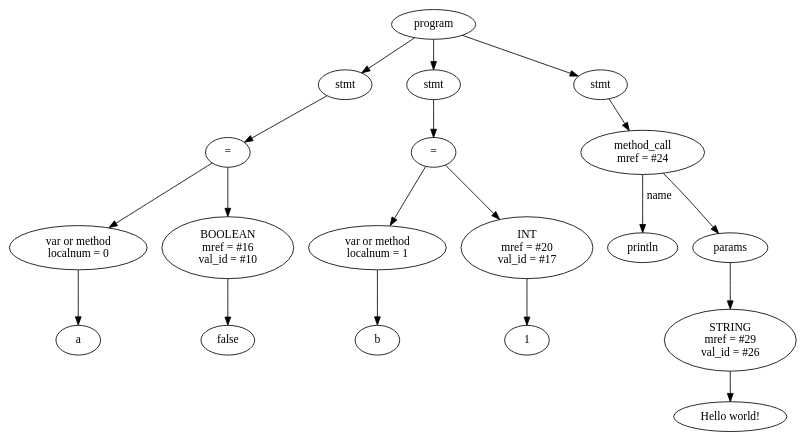
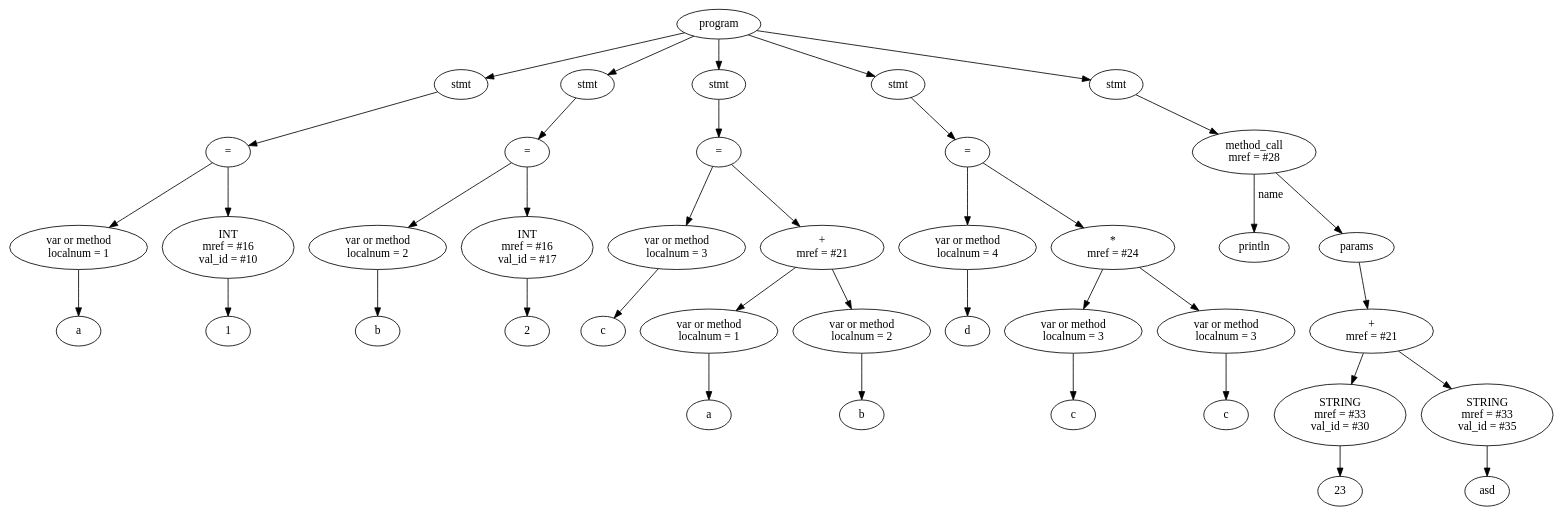
Before and after one commit to vitek999/ruby_compiler: the diagram in RubyCompiler/tree.dot, drawn with Graphviz. The commit also changed 5 other files, not shown here.

```diff
--- a/RubyCompiler/tree.dot
+++ b/RubyCompiler/tree.dot
@@ -1,39 +1,81 @@
 digraph G {
-Id01104798 [label="program"]
-Id01103CE0 [label="stmt"]
-Id01103C80 [label="="]
-Id01103BC0 [label="var or method\n localnum = 0"]
-IdVal01103BC0 [label="a"]
-Id01103BC0->IdVal01103BC0
-Id01103C20 [label="BOOLEAN\n mref = #16\n val_id = #10"]
-IdVal01103C20 [label="false"]
-Id01103C20->IdVal01103C20
-Id01103C80->Id01103BC0
-Id01103C80->Id01103C20
-Id01103CE0->Id01103C80
-Id01104798->Id01103CE0
-Id011045F8 [label="stmt"]
-Id01103DF0 [label="="]
-Id01103D30 [label="var or method\n localnum = 1"]
-IdVal01103D30 [label="b"]
-Id01103D30->IdVal01103D30
-Id01103D90 [label="INT\n mref = #20\n val_id = #17"]
-IdVal01103D90 [label="1"]
-Id01103D90->IdVal01103D90
-Id01103DF0->Id01103D30
-Id01103DF0->Id01103D90
-Id011045F8->Id01103DF0
-Id01104798->Id011045F8
-Id011040F8 [label="stmt"]
-Id011046F8 [label="method_call\n mref = #24"]
-IdMethodNameVal011046F8 [label="println"]
-Id011046F8->IdMethodNameVal011046F8 [label="name"]
-Id010FE250 [label="params"]
-Id011046F8->Id010FE250
-Id01104698 [label="STRING\n mref = #29\n val_id = #26"]
-IdVal01104698 [label="Hello world!"]
-Id01104698->IdVal01104698
-Id010FE250->Id01104698
-Id011040F8->Id011046F8
-Id01104798->Id011040F8
+Id01165708 [label="program"]
+Id0115CB50 [label="stmt"]
+Id0115CF20 [label="="]
+Id0115CAF0 [label="var or method\n localnum = 1"]
+IdVal0115CAF0 [label="a"]
+Id0115CAF0->IdVal0115CAF0
+Id0115CEC0 [label="INT\n mref = #16\n val_id = #10"]
+IdVal0115CEC0 [label="1"]
+Id0115CEC0->IdVal0115CEC0
+Id0115CF20->Id0115CAF0
+Id0115CF20->Id0115CEC0
+Id0115CB50->Id0115CF20
+Id01165708->Id0115CB50
+Id01164658 [label="stmt"]
+Id01163EC0 [label="="]
+Id01163E00 [label="var or method\n localnum = 2"]
+IdVal01163E00 [label="b"]
+Id01163E00->IdVal01163E00
+Id01163E60 [label="INT\n mref = #16\n val_id = #17"]
+IdVal01163E60 [label="2"]
+Id01163E60->IdVal01163E60
+Id01163EC0->Id01163E00
+Id01163EC0->Id01163E60
+Id01164658->Id01163EC0
+Id01165708->Id01164658
+Id011644C8 [label="stmt"]
+Id01164978 [label="="]
+Id01164798 [label="var or method\n localnum = 3"]
+IdVal01164798 [label="c"]
+Id01164798->IdVal01164798
+Id01164918 [label="+\n mref = #21"]
+Id01164828 [label="var or method\n localnum = 1"]
+IdVal01164828 [label="a"]
+Id01164828->IdVal01164828
+Id011648B8 [label="var or method\n localnum = 2"]
+IdVal011648B8 [label="b"]
+Id011648B8->IdVal011648B8
+Id01164918->Id01164828
+Id01164918->Id011648B8
+Id01164978->Id01164798
+Id01164978->Id01164918
+Id011644C8->Id01164978
+Id01165708->Id011644C8
+Id01164158 [label="stmt"]
+Id01164F20 [label="="]
+Id01164A48 [label="var or method\n localnum = 4"]
+IdVal01164A48 [label="d"]
+Id01164A48->IdVal01164A48
+Id01164F80 [label="*\n mref = #24"]
+Id01165220 [label="var or method\n localnum = 3"]
+IdVal01165220 [label="c"]
+Id01165220->IdVal01165220
+Id01164B00 [label="var or method\n localnum = 3"]
+IdVal01164B00 [label="c"]
+Id01164B00->IdVal01164B00
+Id01164F80->Id01165220
+Id01164F80->Id01164B00
+Id01164F20->Id01164A48
+Id01164F20->Id01164F80
+Id01164158->Id01164F20
+Id01165708->Id01164158
+Id01164068 [label="stmt"]
+Id01164E60 [label="method_call\n mref = #28"]
+IdMethodNameVal01164E60 [label="println"]
+Id01164E60->IdMethodNameVal01164E60 [label="name"]
+Id0115E220 [label="params"]
+Id01164E60->Id0115E220
+Id01164C80 [label="+\n mref = #21"]
+Id011650A0 [label="STRING\n mref = #33\n val_id = #30"]
+IdVal011650A0 [label="23"]
+Id011650A0->IdVal011650A0
+Id01164E00 [label="STRING\n mref = #33\n val_id = #35"]
+IdVal01164E00 [label="asd"]
+Id01164E00->IdVal01164E00
+Id01164C80->Id011650A0
+Id01164C80->Id01164E00
+Id0115E220->Id01164C80
+Id01164068->Id01164E60
+Id01165708->Id01164068
 }
```
